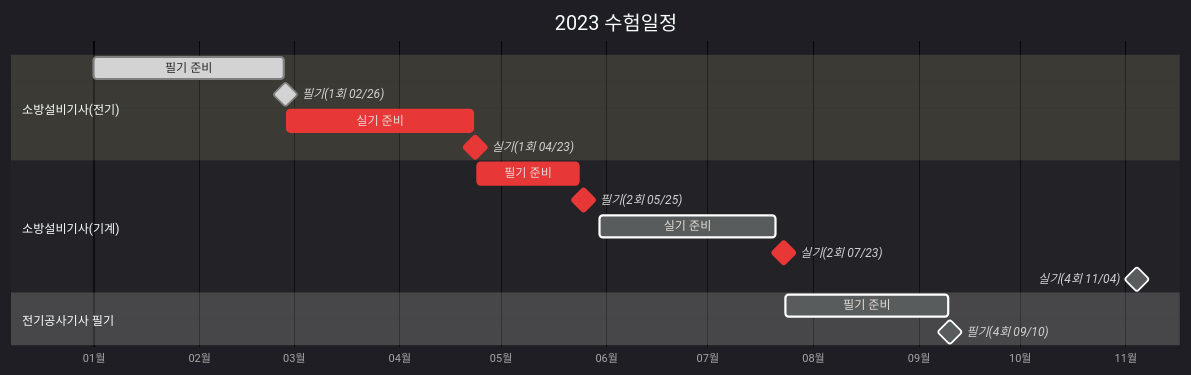
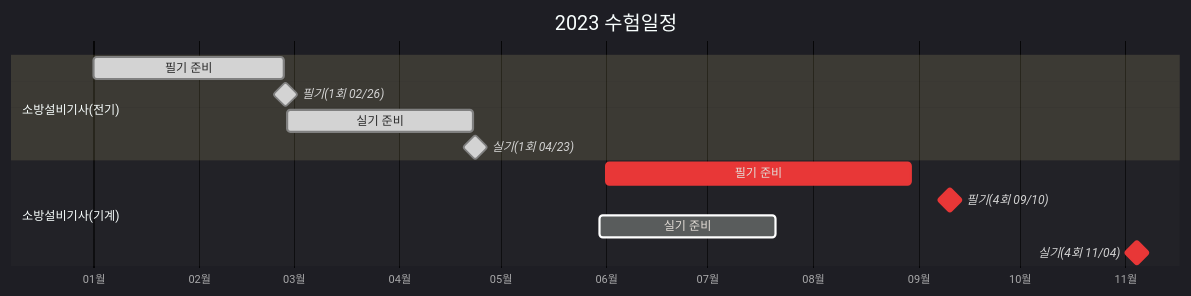
The diagram in _pages/category-소방설비.md (Kim-MenBoong/Kim-MenBoong.github.io), drawn with Mermaid before and after one commit.

Commit message:
Update category-소방설비.md
수험일정 업데이트

```diff
--- a/_pages/category-소방설비.md
+++ b/_pages/category-소방설비.md
@@ -8,25 +8,21 @@
 <div class="mermaid"> 
 %%{init: {'theme':'dark'}}%%
 gantt
   title 2023 수험일정  
   dateFormat  YYYY-MM-DD
   axisFormat %m월
   tickInterval 1month
 
   section 소방설비기사(전기)
   필기 준비       :done,             FE_Cbt_Study, 2023-01-01, 56d
   필기(1회 02/26)  :milestone, done,  FE_Cbt_Test, 2023-02-26, 1d
-  실기 준비       :crit,             FE_Write_Study, after FE_Cbt_Test, 55d
-  실기(1회 04/23)  :milestone, crit,  FE_Write_Test, 2023-04-23, 1d
+  실기 준비       :done,             FE_Write_Study, after FE_Cbt_Test, 55d
+  실기(1회 04/23)  :milestone, done,  FE_Write_Test, 2023-04-23, 1d
 
   Section 소방설비기사(기계)
-  필기 준비       :crit,             FM_Cbt_Study, 2023-04-24, 30d
-  필기(2회 05/25)  :milestone, crit,  FM_Cbt_Test, 2023-05-25, 1d
+  필기 준비       :crit,             FM_Cbt_Study, 2023-06-01, 90d
+  필기(4회 09/10)  :milestone, crit,  FM_Cbt_Test, 2023-09-10, 1d
   실기 준비       :                  FM_Write_Study, 2023-05-30, 52d
-  실기(2회 07/23)  :milestone, crit,  FM_Write_Test, 2023-07-23, 1d
-  실기(4회 11/04)  :milestone,        FM_Write_Test4, 2023-11-04, 1d
+  실기(4회 11/04)  :milestone, crit,       FM_Write_Test, 2023-11-04, 1d
   
-  Section 전기공사기사 필기
-  필기 준비       :                  EL_CBT_Study, 2023-07-24, 48d
-  필기(4회 09/10)  : milestone,       EL_CBT_Test, 2023-09-10, 1d
 </div>
```
